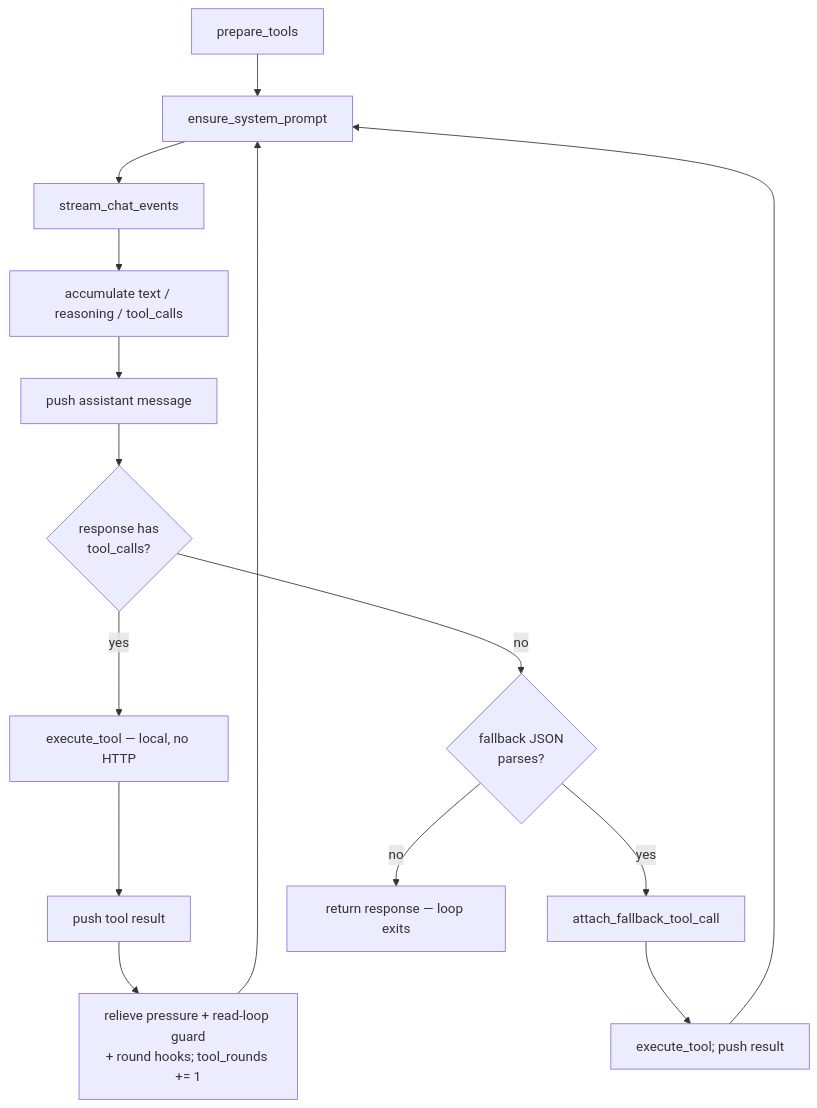
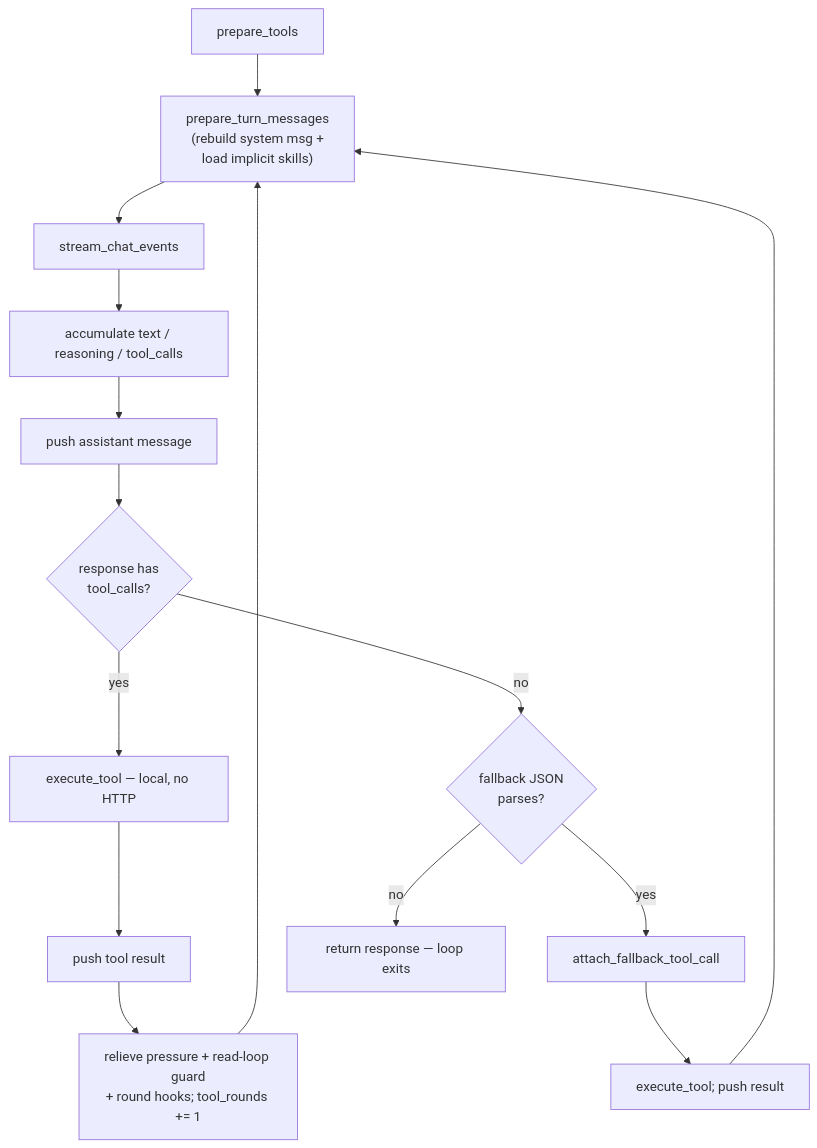
One commit to ming2k/neenee changed the diagram in docs/explanation/request-flow.md. Above: the diagram before and after it, drawn with Mermaid. The commit also changed 27 other files, not shown here.

````diff
--- a/docs/explanation/request-flow.md
+++ b/docs/explanation/request-flow.md
@@ -140,17 +140,17 @@
 ```mermaid
 flowchart TD
-    A["prepare_tools"] --> C["ensure_system_prompt"]
+    A["prepare_tools"] --> C["prepare_turn_messages<br/>(rebuild system msg +<br/>load implicit skills)"]
     C --> D["stream_chat_events"]
     D --> E["accumulate text / reasoning / tool_calls"]
     E --> F["push assistant message"]
     F --> G{"response has<br/>tool_calls?"}
     G -- yes --> I["execute_tool — local, no HTTP"]
     I --> J["push tool result"]
     J --> K["relieve pressure + read-loop guard<br/>+ round hooks; tool_rounds += 1"]
     K --> C
     G -- no --> L{"fallback JSON<br/>parses?"}
     L -- yes --> M["attach_fallback_tool_call"]
     M --> N["execute_tool; push result"]
     N --> C
     L -- no --> O["return response — loop exits"]
 ```
````
